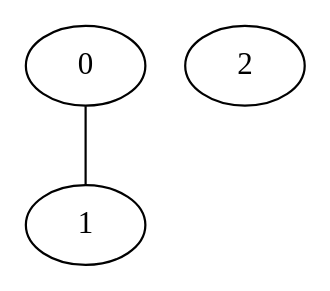
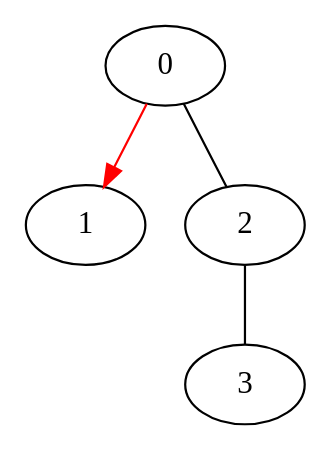
Before and after one commit to DSMishler/EBA_models: the diagram in EBA_graphviz/testrun/sim0000.dot, drawn with Graphviz. The commit also changed 729 other files, not shown here.

Commit message:
back and forth communication is now graphed

```diff
--- a/EBA_graphviz/testrun/sim0000.dot
+++ b/EBA_graphviz/testrun/sim0000.dot
@@ -1,8 +1,11 @@
 // network test graph
 digraph
 {
 	0 []
 	1 []
 	2 []
-	0 -> 1 [dir=none]
+	3 []
+	0 -> 1 [dir=forward,color=red]
+	0 -> 2 [dir=none]
+	2 -> 3 [dir=none]
 }
```
